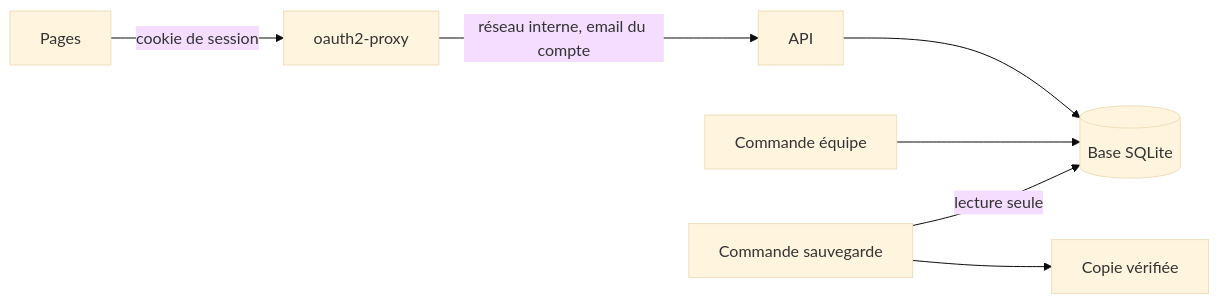
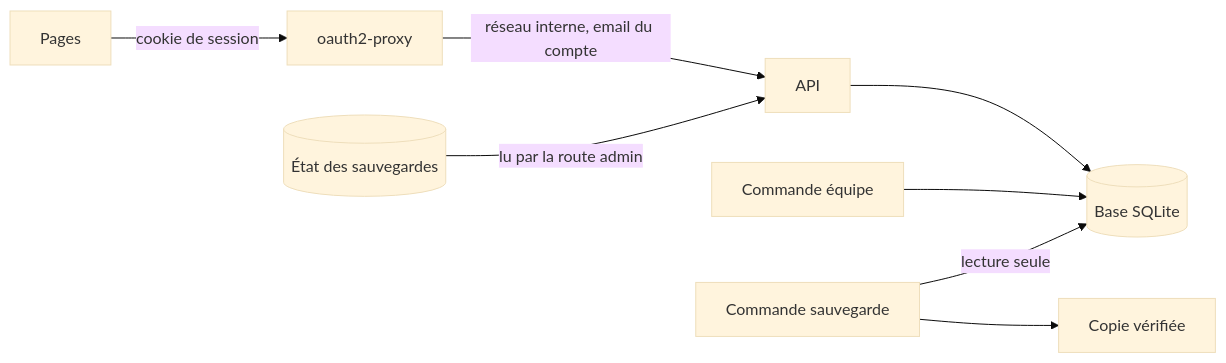
The first of 3 diagrams in hlyja/technique/api.humain.md (design-cpu/yeita-recrutement), drawn with Mermaid (base theme) before and after one commit. The commit also changed other lines of this file and 29 other files, not shown here.

````diff
--- a/hlyja/technique/api.humain.md
+++ b/hlyja/technique/api.humain.md
@@ -18,9 +18,10 @@
 ```mermaid
 flowchart LR
   N[Pages] -->|cookie de session| P[oauth2-proxy]
   P -->|réseau interne, email du compte| A[API]
   A --> D[(Base SQLite)]
   C[Commande équipe] --> D
   S[Commande sauvegarde] -->|lecture seule| D
   S --> K[Copie vérifiée]
+  E[(État des sauvegardes)] -->|lu par la route admin| A
 ```
````
